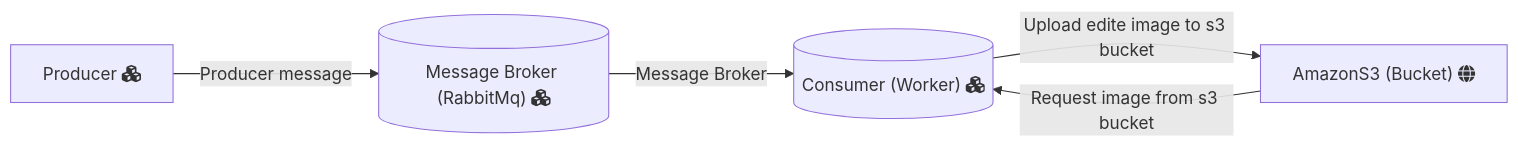
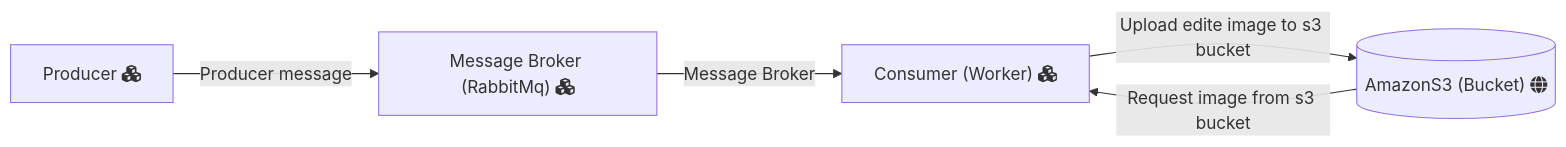
One commit to FueledByRage/handle-images-worker changed the diagram in README.md. Above: the diagram before and after it, drawn with Mermaid.

````diff
--- a/README.md
+++ b/README.md
@@ -16,11 +16,11 @@
 ```mermaid
 graph LR;
     A["Producer fa:fa-cubes"]
-    B[("Message Broker (RabbitMq) fa:fa-cubes")]
-    C[("Consumer (Worker) fa:fa-cubes")]
-    D["AmazonS3 (Bucket) fa:fa-globe"]
+    B["Message Broker (RabbitMq) fa:fa-cubes"]
+    C["Consumer (Worker) fa:fa-cubes"]
+    D[("AmazonS3 (Bucket) fa:fa-globe")]
     A-->|Producer message|B;
     B-->|Message Broker|C;
     C-->|Upload edite image to s3 bucket|D;
     D-->|Request image from s3 bucket|C;
 ```
````
